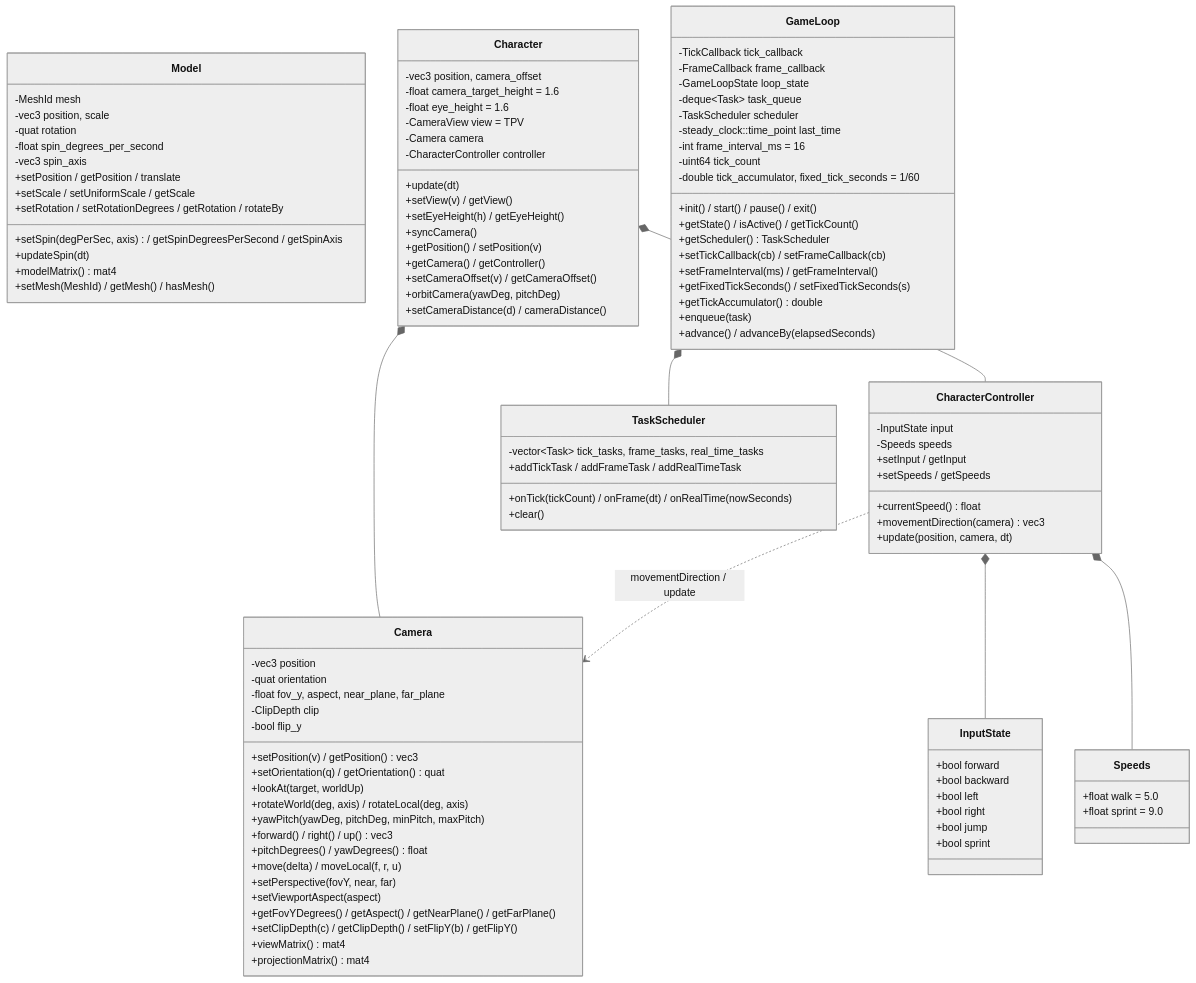
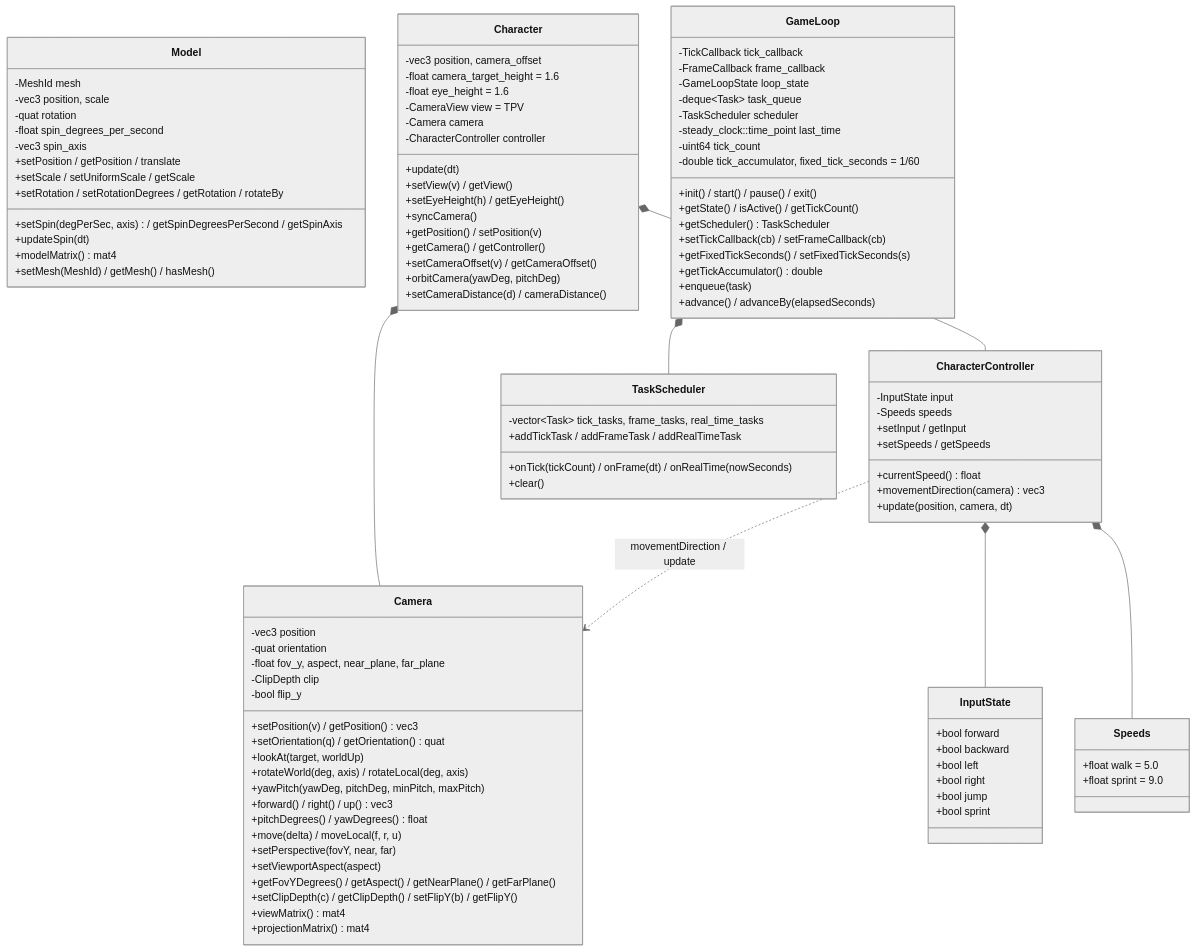
Before and after one commit to Setvia/stv3d-lab: diagram 12 of 14 in ARCHITECTURE.md, drawn with Mermaid (neutral theme). The commit also changed other lines of this file and 5 other files, not shown here.

First line of the commit message:
loop: drop the unused frame interval; frame limiting is a future option

```diff
--- a/ARCHITECTURE.md
+++ b/ARCHITECTURE.md
@@ -632,14 +631,12 @@
         -deque~Task~ task_queue
         -TaskScheduler scheduler
         -steady_clock::time_point last_time
-        -int frame_interval_ms = 16
         -uint64 tick_count
         -double tick_accumulator, fixed_tick_seconds = 1/60
         +init() / start() / pause() / exit()
         +getState() / isActive() / getTickCount()
         +getScheduler() TaskScheduler
         +setTickCallback(cb) / setFrameCallback(cb)
-        +setFrameInterval(ms) / getFrameInterval()
         +getFixedTickSeconds() / setFixedTickSeconds(s)
         +getTickAccumulator() double
         +enqueue(task)
```
